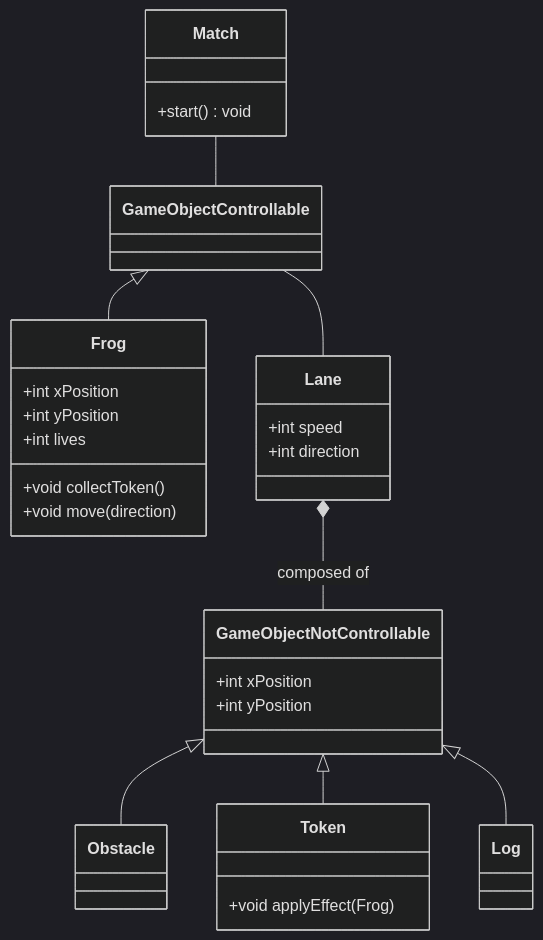
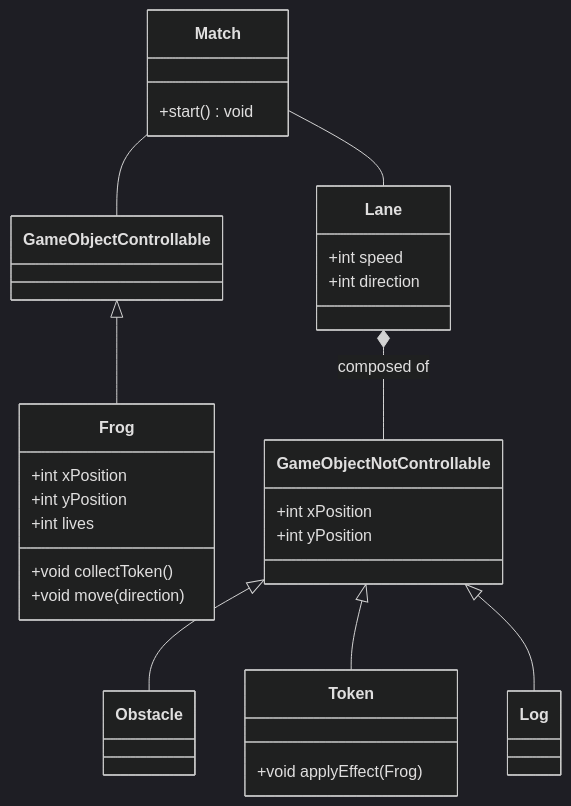
One commit to giuliavanni/frogger changed the second of 5 diagrams in README.md. Above: the diagram before and after it, drawn with Mermaid (dark theme). The commit also changed other lines of this file, not shown here.

Commit message:
UPDATE README to include Lane class in class diagram and enhance descriptions of game entities

````diff
--- a/README.md
+++ b/README.md
@@ -89,38 +89,38 @@
 ```mermaid
 classDiagram
     class Match {
         +start() void
     }
     class Frog {
         +int xPosition
         +int yPosition
         +int lives
         +void collectToken()
         +void move(direction)
     }
     class Lane {
         +int speed
         +int direction
     }
     class Obstacle {
     }
     class Log {
     }
     class Token {
         +void applyEffect(Frog)
     }
     class GameObjectControllable  {
     }
     class GameObjectNotControllable{
         +int xPosition
         +int yPosition
     }
     Match -- GameObjectControllable
+    Match -- Lane
     GameObjectNotControllable <|-- Obstacle
     GameObjectNotControllable <|-- Token
     GameObjectNotControllable <|-- Log
     GameObjectControllable <|-- Frog
-    GameObjectControllable -- Lane
     Lane *-- GameObjectNotControllable : composed of
 
 ```
````
